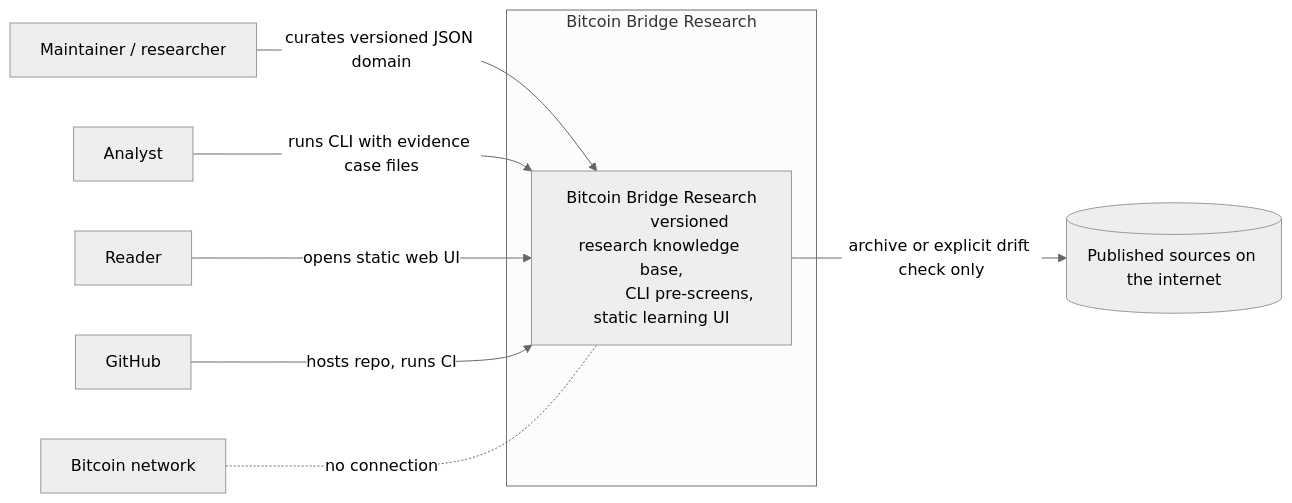
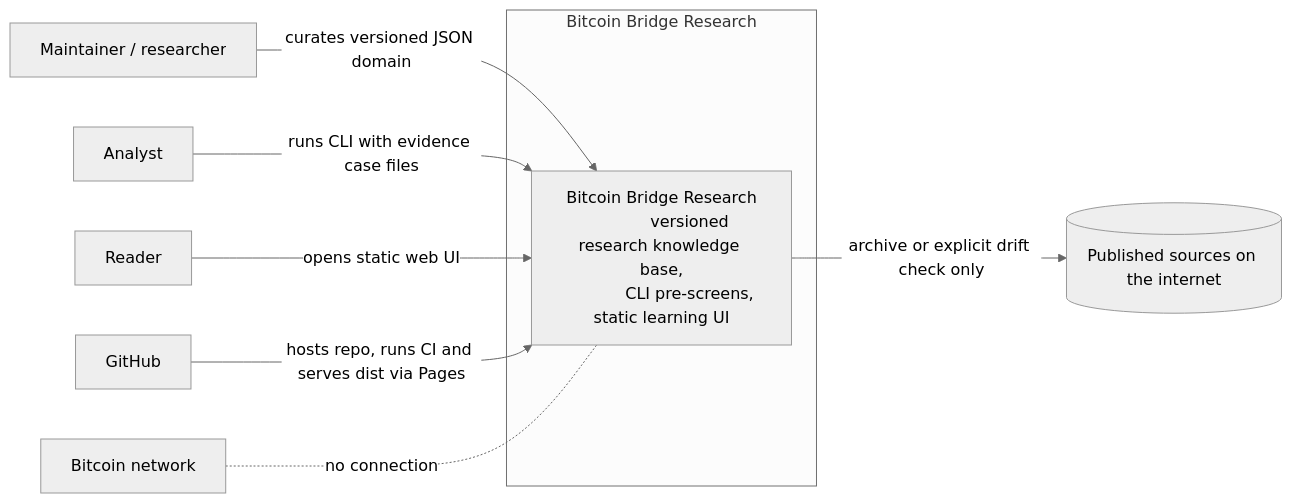
One commit to bitkojine/bitcoin-bridge-research changed the first of 5 diagrams in docs/architecture-c4.md. Above: the diagram before and after it, drawn with Mermaid (neutral theme). The commit also changed other lines of this file and 4 other files, not shown here.

Commit message:
Deploy research UI with GitHub Pages

````diff
--- a/docs/architecture-c4.md
+++ b/docs/architecture-c4.md
@@ -11,16 +11,16 @@
 ```mermaid
 flowchart LR
     subgraph "Bitcoin Bridge Research"
         SYS["Bitcoin Bridge Research
             versioned research knowledge base,
             CLI pre-screens, static learning UI"]
     end
 
     Maintainer["Maintainer / researcher"] -->|curates versioned JSON domain| SYS
     Analyst["Analyst"] -->|runs CLI with evidence case files| SYS
     Reader["Reader"] -->|opens static web UI| SYS
 
     SYS -->|archive or explicit drift check only| SOURCES[("Published sources on the internet")]
-    GitHub["GitHub"] -->|hosts repo, runs CI| SYS
+    GitHub["GitHub"] -->|hosts repo, runs CI and serves dist via Pages| SYS
     Node["Bitcoin network"] -. no connection .- SYS
 ```
````
